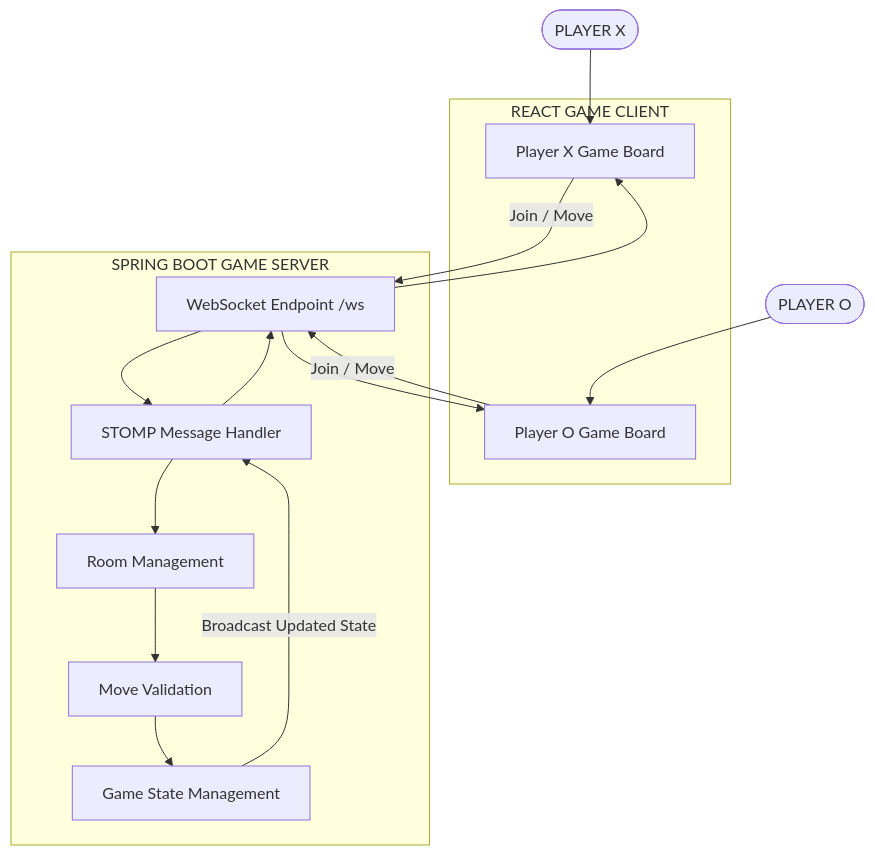
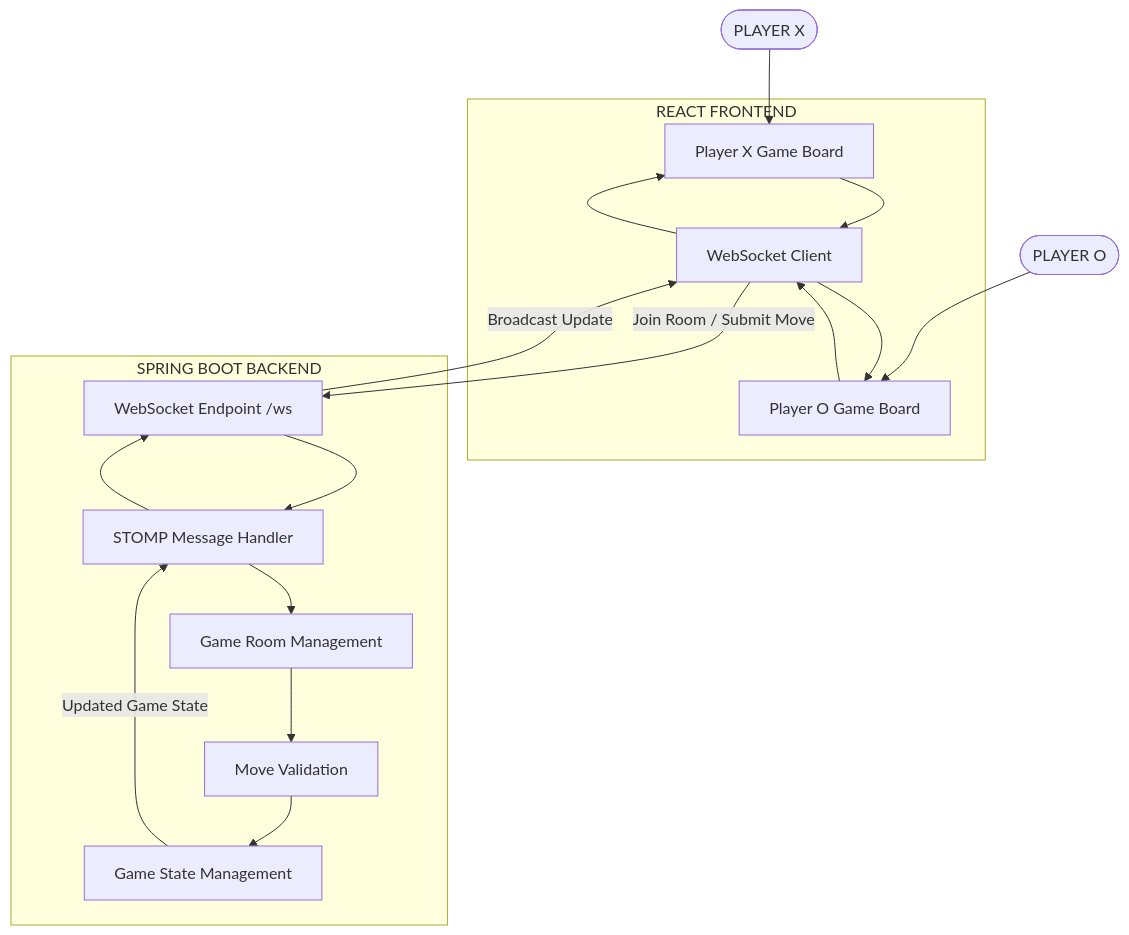
The seventh of 18 diagrams in README.md (AnshCyberSec/nexus-arena), drawn with Mermaid before and after one commit. The commit also changed other lines of this file, not shown here.

````diff
--- a/README.md
+++ b/README.md
@@ -226,35 +225,38 @@
 ```mermaid
 flowchart TB
     P1(["PLAYER X"])
     P2(["PLAYER O"])
 
-    subgraph FRONTEND["REACT GAME CLIENT"]
-        BOARD1["Player X Game Board"]
-        BOARD2["Player O Game Board"]
+    subgraph FRONTEND["REACT FRONTEND"]
+        B1["Player X Game Board"]
+        B2["Player O Game Board"]
+        C1["WebSocket Client"]
     end
 
-    subgraph BACKEND["SPRING BOOT GAME SERVER"]
-        ENDPOINT["WebSocket Endpoint /ws"]
+    subgraph BACKEND["SPRING BOOT BACKEND"]
+        WS["WebSocket Endpoint /ws"]
         STOMP["STOMP Message Handler"]
-        ROOM["Room Management"]
+        ROOM["Game Room Management"]
+        VALIDATE["Move Validation"]
         STATE["Game State Management"]
-        VALIDATE["Move Validation"]
     end
 
-    P1 --> BOARD1
-    P2 --> BOARD2
+    P1 --> B1
+    P2 --> B2
 
-    BOARD1 -->|"Join / Move"| ENDPOINT
-    BOARD2 -->|"Join / Move"| ENDPOINT
+    B1 --> C1
+    B2 --> C1
 
-    ENDPOINT --> STOMP
+    C1 -->|"Join Room / Submit Move"| WS
+    WS --> STOMP
     STOMP --> ROOM
     ROOM --> VALIDATE
     VALIDATE --> STATE
 
-    STATE -->|"Broadcast Updated State"| STOMP
-    STOMP --> ENDPOINT
+    STATE -->|"Updated Game State"| STOMP
+    STOMP --> WS
+    WS -->|"Broadcast Update"| C1
 
-    ENDPOINT --> BOARD1
-    ENDPOINT --> BOARD2
+    C1 --> B1
+    C1 --> B2
 ```
````
